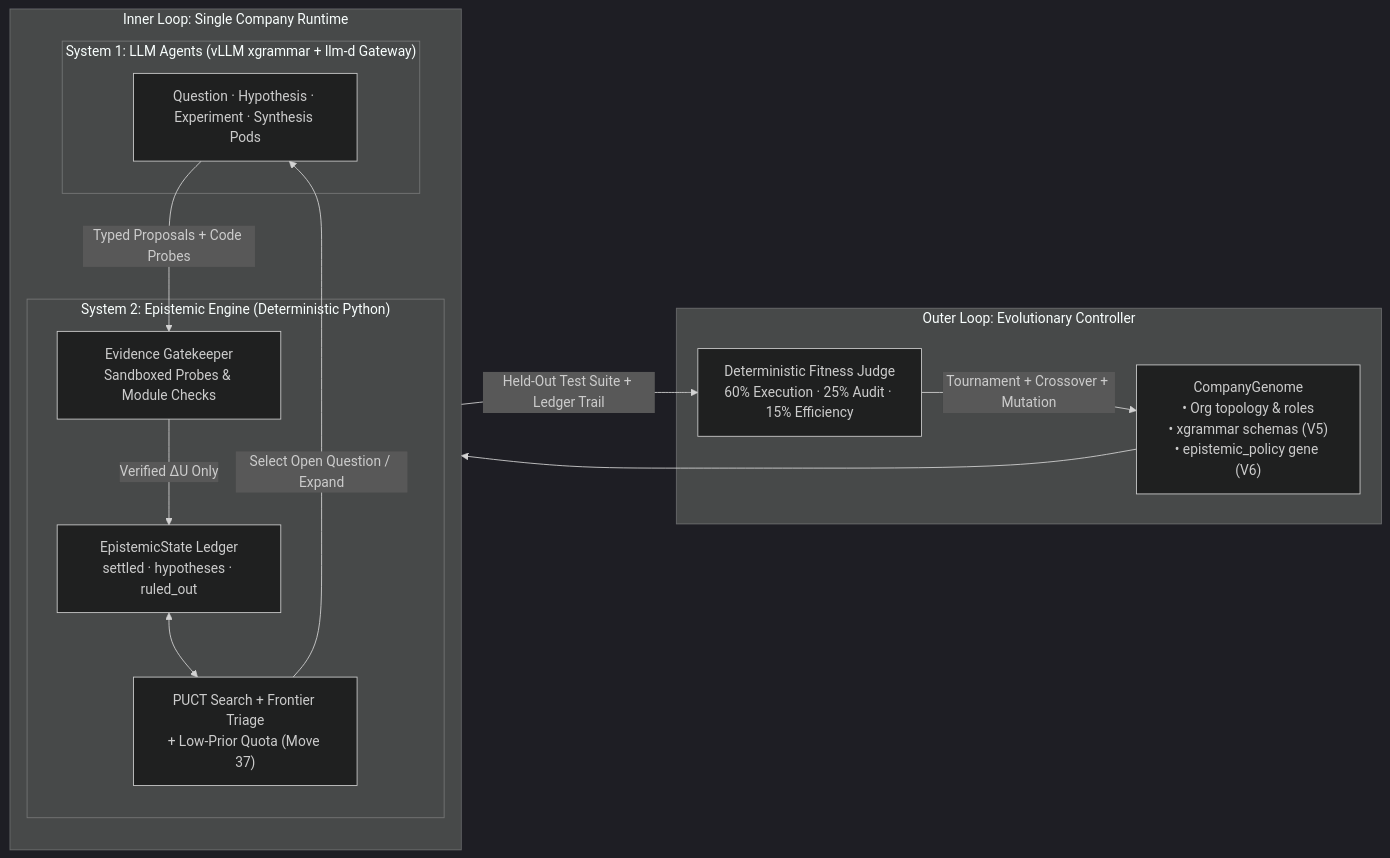
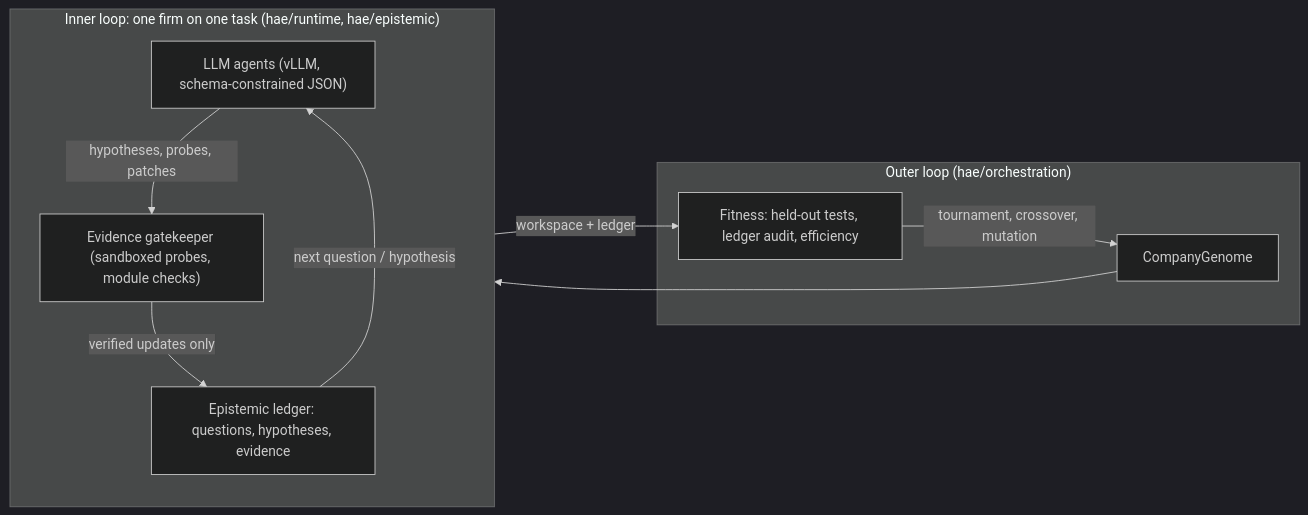
The diagram in README.md (SinaChavoshi/hierarchical-agent-evolution), drawn with Mermaid (dark theme) before and after one commit. The commit also changed other lines of this file and 9 other files, not shown here.

````diff
--- a/README.md
+++ b/README.md
@@ -11,28 +21,18 @@
 ```mermaid
 flowchart LR
-    subgraph Evo["Outer Loop: Evolutionary Controller"]
-        Genome["CompanyGenome\n• Org topology & roles\n• xgrammar schemas (V5)\n• epistemic_policy gene (V6)"]
-        Judge["Deterministic Fitness Judge\n60% Execution · 25% Audit · 15% Efficiency"]
-        Judge -->|Tournament + Crossover + Mutation| Genome
+    subgraph Outer["Outer loop (hae/orchestration)"]
+        Genome["CompanyGenome"]
+        Judge["Fitness: held-out tests, ledger audit, efficiency"]
+        Judge -->|tournament, crossover, mutation| Genome
     end
-
-    subgraph Company["Inner Loop: Single Company Runtime"]
-        subgraph S2["System 2: Epistemic Engine (Deterministic Python)"]
-            Ledger["EpistemicState Ledger\nsettled · hypotheses · ruled_out"]
-            PUCT["PUCT Search + Frontier Triage\n+ Low-Prior Quota (Move 37)"]
-            Gate["Evidence Gatekeeper\nSandboxed Probes & Module Checks"]
-            Ledger <--> PUCT
-            Gate -->|Verified ΔU Only| Ledger
-        end
-
-        subgraph S1["System 1: LLM Agents (vLLM xgrammar + llm-d Gateway)"]
-            Pods["Question · Hypothesis · Experiment · Synthesis Pods"]
-        end
-
-        PUCT -->|Select Open Question / Expand| Pods
-        Pods -->|Typed Proposals + Code Probes| Gate
+    subgraph Inner["Inner loop: one firm on one task (hae/runtime, hae/epistemic)"]
+        LLM["LLM agents (vLLM, schema-constrained JSON)"]
+        Ledger["Epistemic ledger: questions, hypotheses, evidence"]
+        Gate["Evidence gatekeeper (sandboxed probes, module checks)"]
+        LLM -->|hypotheses, probes, patches| Gate
+        Gate -->|verified updates only| Ledger
+        Ledger -->|next question / hypothesis| LLM
     end
-
-    Genome --> Company
-    Company -->|Held-Out Test Suite + Ledger Trail| Judge
+    Genome --> Inner
+    Inner -->|workspace + ledger| Judge
 ```
````
